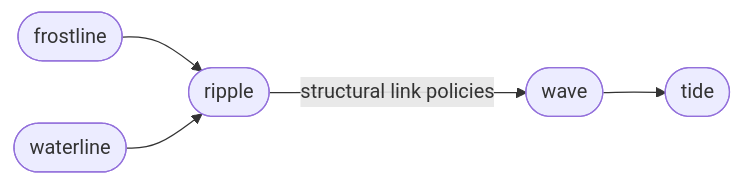
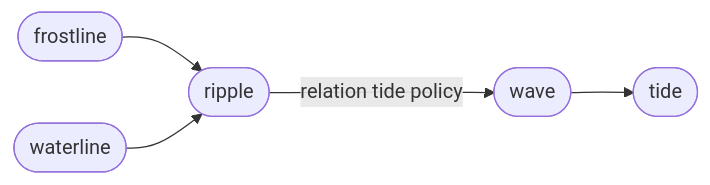
The diagram in sirno-lake/tide.md (Gorgeous-Patrick/sirno), drawn with Mermaid before and after one commit. The commit also changed other lines of this file and 30 other files, not shown here.

Commit message:
feat: move tide policy into relation entries

````diff
--- a/sirno-lake/tide.md
+++ b/sirno-lake/tide.md
@@ -21,12 +21,12 @@
 ```mermaid
 flowchart LR
     frostline([frostline])
     waterline([waterline])
     ripple([ripple])
     wave([wave])
     tide([tide])
     frostline --> ripple
     waterline --> ripple
-    ripple -->|structural link policies| wave
+    ripple -->|relation tide policy| wave
     wave --> tide
 ```
````
